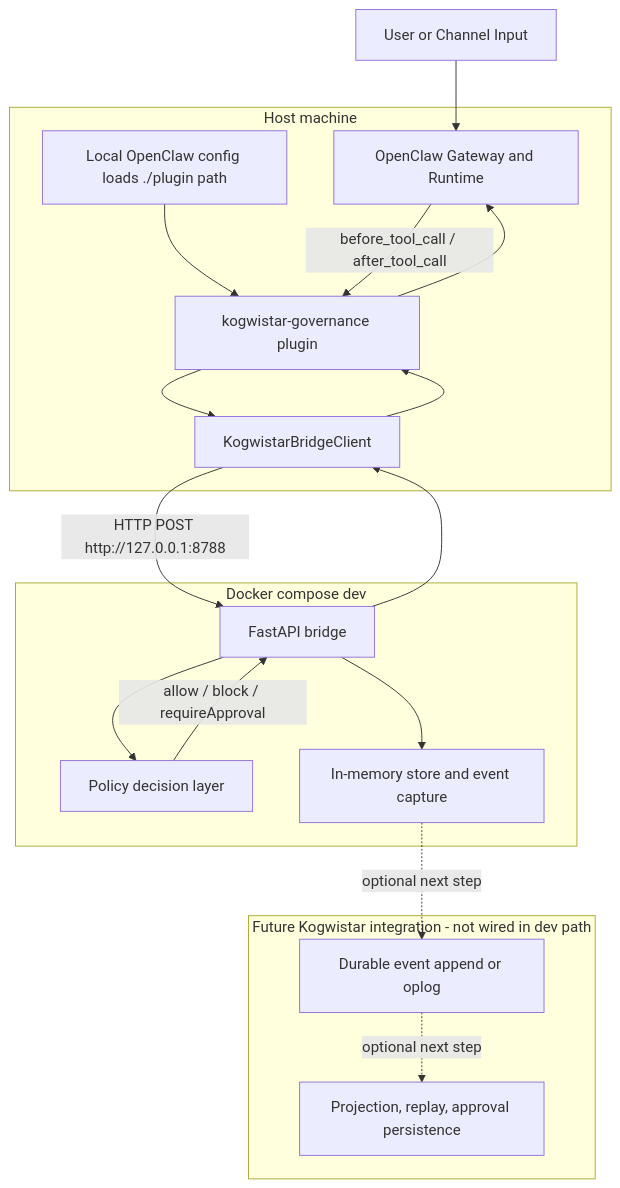
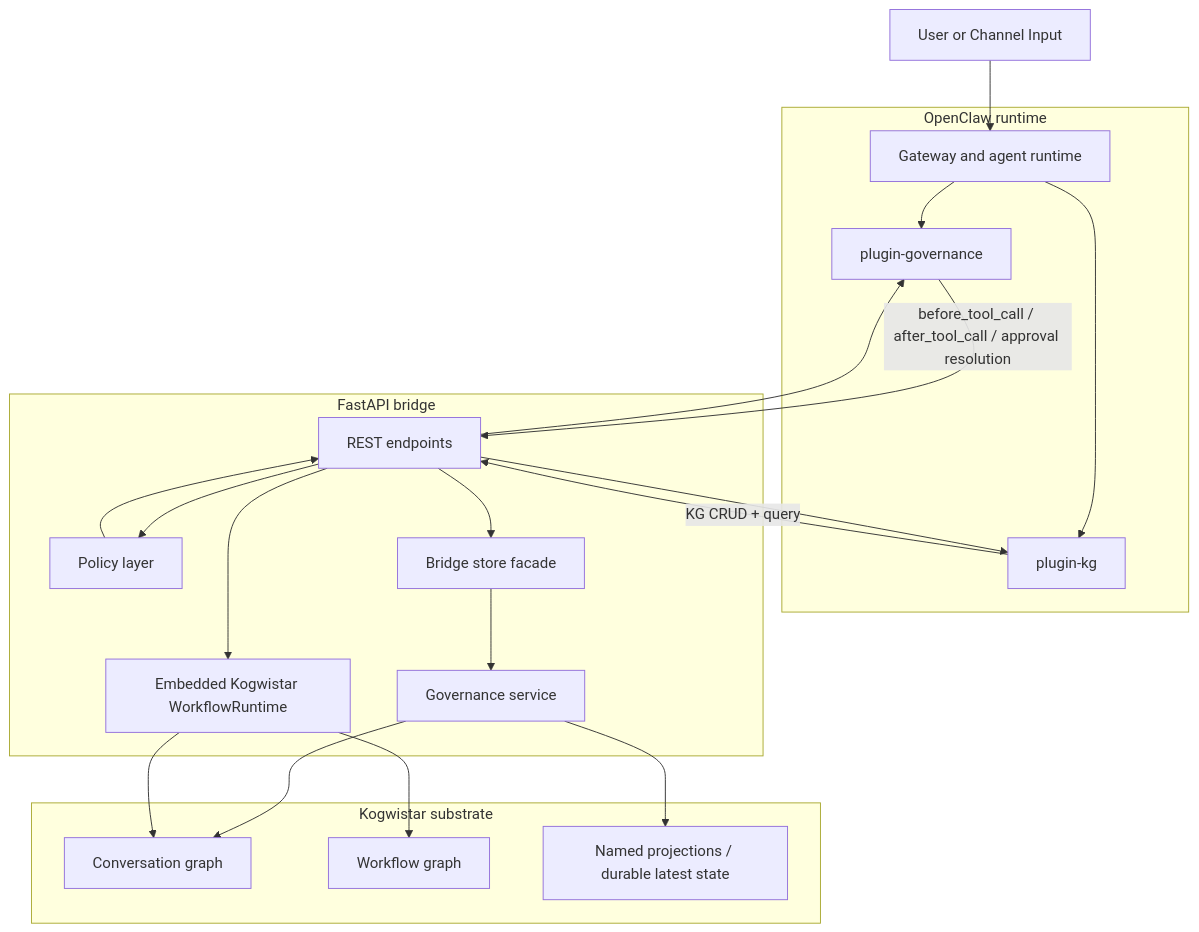
Before and after one commit to humblemat810/cloistar: the first of 2 diagrams in architecture.md, drawn with Mermaid. The commit also changed other lines of this file and 2 other files, not shown here.

````diff
--- a/architecture.md
+++ b/architecture.md
@@ -25,36 +16,44 @@
 ```mermaid
 flowchart TB
   user[User or Channel Input]
 
-  subgraph host[Host machine]
-    gateway[OpenClaw Gateway and Runtime]
-    plugin[kogwistar-governance plugin]
-    client[KogwistarBridgeClient]
-    config[Local OpenClaw config loads ./plugin path]
+  subgraph openclaw[OpenClaw runtime]
+    gateway[Gateway and agent runtime]
+    gov_plugin[plugin-governance]
+    kg_plugin[plugin-kg]
   end
 
-  subgraph docker[Docker compose dev]
-    bridge[FastAPI bridge]
-    policy[Policy decision layer]
-    store[In-memory store and event capture]
+  subgraph bridge[FastAPI bridge]
+    rest[REST endpoints]
+    policy[Policy layer]
+    store[Bridge store facade]
+    service[Governance service]
+    runtime[Embedded Kogwistar WorkflowRuntime]
   end
 
-  subgraph future[Future Kogwistar integration - not wired in dev path]
-    append[Durable event append or oplog]
-    projection[Projection, replay, approval persistence]
+  subgraph substrate[Kogwistar substrate]
+    conv[Conversation graph]
+    wf[Workflow graph]
+    proj[Named projections / durable latest state]
   end
 
   user --> gateway
-  config --> plugin
-  gateway -->|before_tool_call / after_tool_call| plugin
-  plugin --> client
-  client -->|HTTP POST http://127.0.0.1:8788| bridge
-  bridge --> policy
-  bridge --> store
-  store -. optional next step .-> append
-  append -. optional next step .-> projection
-  policy -->|allow / block / requireApproval| bridge
-  bridge --> client
-  client --> plugin
-  plugin --> gateway
+  gateway --> gov_plugin
+  gateway --> kg_plugin
+
+  gov_plugin -->|before_tool_call / after_tool_call / approval resolution| rest
+  kg_plugin -->|KG CRUD + query| rest
+
+  rest --> policy
+  rest --> store
+  store --> service
+  service --> conv
+  service --> proj
+  rest --> runtime
+  runtime --> wf
+  runtime --> conv
+
+  policy --> rest
+  rest --> gov_plugin
+  rest --> kg_plugin
 ```
````
